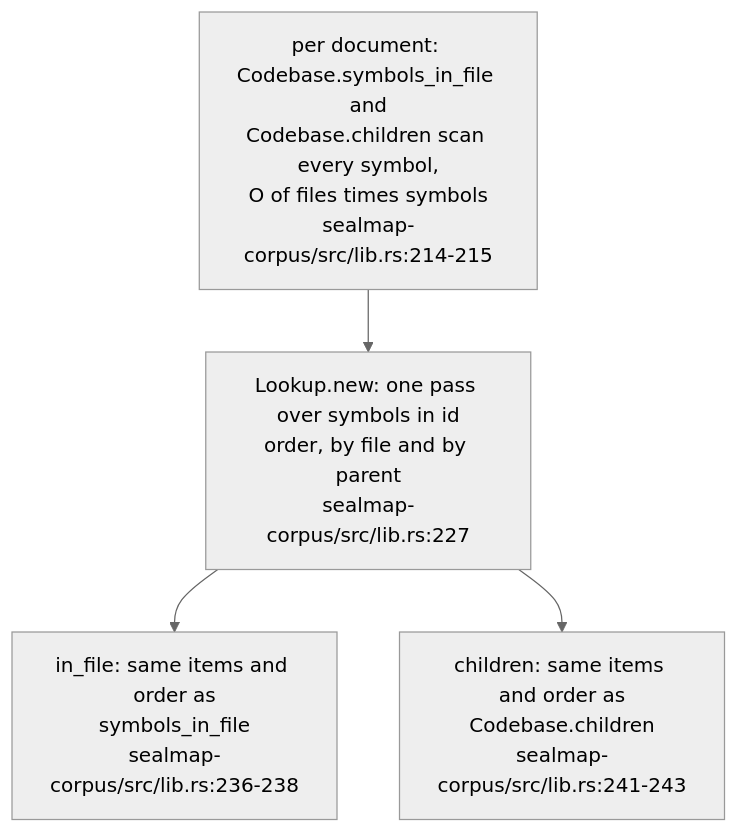
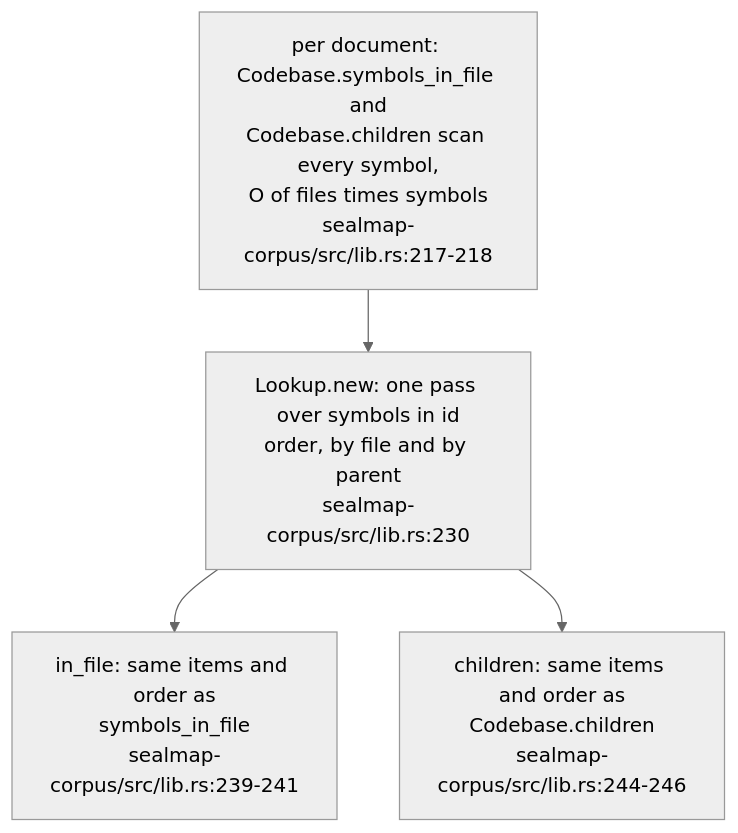
Before and after one commit to DreamLab-AI/VisionFlow: the fifth of 5 diagrams in docs/diagrams/sealmap/12-generating-the-corpus-and-index.md, drawn with Mermaid (neutral theme). The commit also changed other lines of this file and 59 other files, not shown here.

First line of the commit message:
docs(diagrams): re-derive and re-stamp forum, website, pod, ontomark and sealmap topics

````diff
--- a/docs/diagrams/sealmap/12-generating-the-corpus-and-index.md
+++ b/docs/diagrams/sealmap/12-generating-the-corpus-and-index.md
@@ -195,10 +196,10 @@
 ```mermaid
 flowchart TB
-    BEFORE["per document: Codebase.symbols_in_file and<br/>Codebase.children scan every symbol,<br/>O of files times symbols<br/>sealmap-corpus/src/lib.rs:214-215"]
-    LK["Lookup.new: one pass over symbols in id<br/>order, by file and by parent<br/>sealmap-corpus/src/lib.rs:227"]
-    IF["in_file: same items and order as<br/>symbols_in_file<br/>sealmap-corpus/src/lib.rs:236-238"]
-    CH["children: same items and order as<br/>Codebase.children<br/>sealmap-corpus/src/lib.rs:241-243"]
+    BEFORE["per document: Codebase.symbols_in_file and<br/>Codebase.children scan every symbol,<br/>O of files times symbols<br/>sealmap-corpus/src/lib.rs:217-218"]
+    LK["Lookup.new: one pass over symbols in id<br/>order, by file and by parent<br/>sealmap-corpus/src/lib.rs:230"]
+    IF["in_file: same items and order as<br/>symbols_in_file<br/>sealmap-corpus/src/lib.rs:239-241"]
+    CH["children: same items and order as<br/>Codebase.children<br/>sealmap-corpus/src/lib.rs:244-246"]
     BEFORE --> LK
     LK --> IF
     LK --> CH
 ```
````
